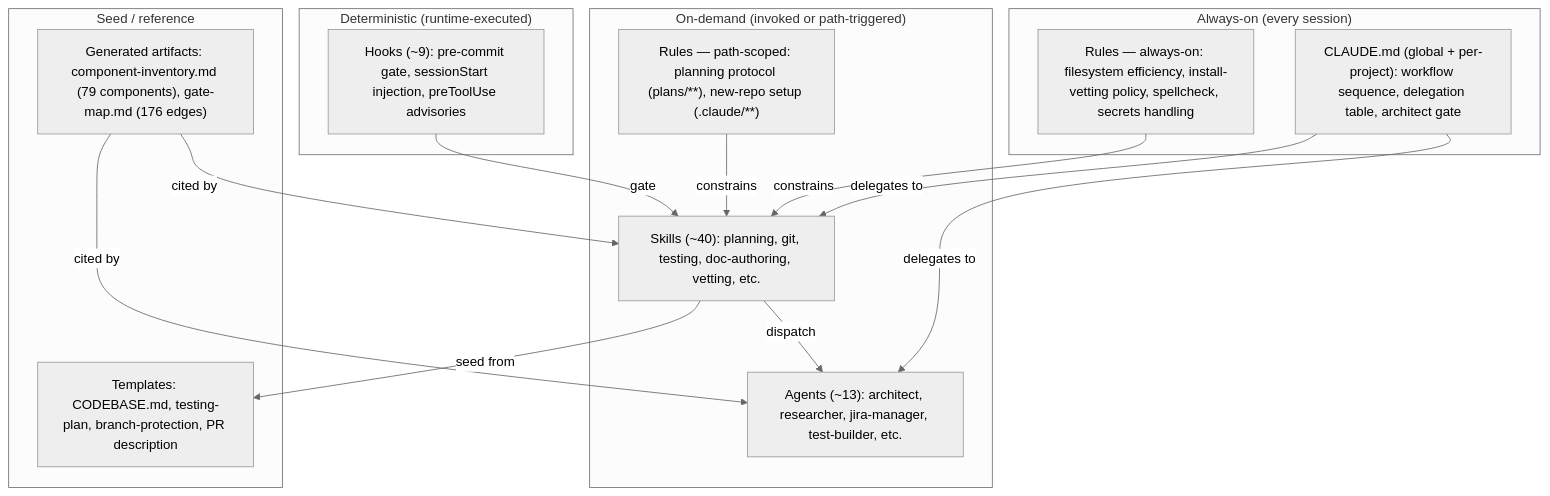
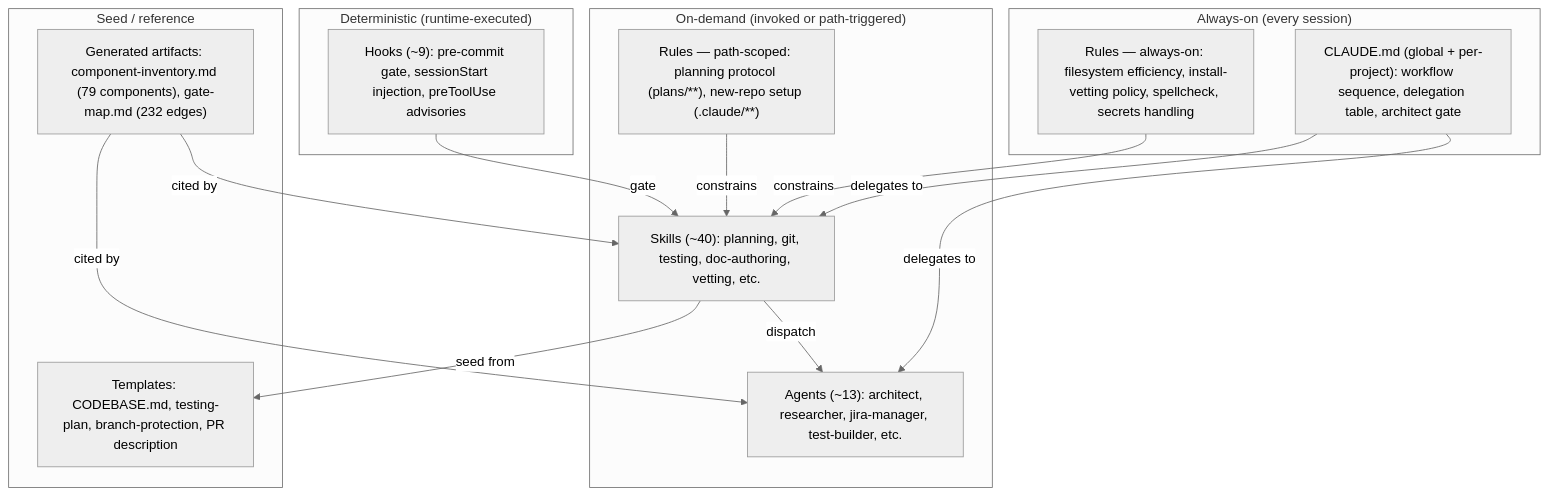
The second of 3 diagrams in docs/explanation/architecture.md (TeamClyde/clydes_claude), drawn with Mermaid (neutral theme) before and after one commit. The commit also changed other lines of this file, not shown here.

Commit message:
docs: correct two stale gate-map edge counts in architecture.md
The doc already described the gate-map as a checked contract rather than
a generated picture, so it read as reconciled — but it still stated 176
edges in two places (the C4 Mermaid node and the artifact list) while the
graph has been at 232 since slice 2a corrected the extractor.

Surfaced by the Feature-Doc Synthesis Pass at epic close. Reconciling a
doc's claim does not reconcile its numbers; the two drift independently.

Verified: npm test 311/311; harvest/engine/verify/recall all exit 0;
232 edges / 79 nodes confirmed against docs/reference/gate-map.json.

````diff
--- a/docs/explanation/architecture.md
+++ b/docs/explanation/architecture.md
@@ -82,32 +82,32 @@
 ```mermaid
 graph TB
   subgraph ALWAYS["Always-on (every session)"]
     CLAUDE_MD["CLAUDE.md (global + per-project): workflow sequence, delegation table, architect gate"]
     RULES_ALWAYS["Rules — always-on: filesystem efficiency, install-vetting policy, spellcheck, secrets handling"]
   end
 
   subgraph ON_DEMAND["On-demand (invoked or path-triggered)"]
     RULES_SCOPED["Rules — path-scoped: planning protocol (plans/**), new-repo setup (.claude/**)"]
     SKILLS["Skills (~40): planning, git, testing, doc-authoring, vetting, etc."]
     AGENTS["Agents (~13): architect, researcher, jira-manager, test-builder, etc."]
   end
 
   subgraph DETERMINISTIC["Deterministic (runtime-executed)"]
     HOOKS["Hooks (~9): pre-commit gate, sessionStart injection, preToolUse advisories"]
   end
 
   subgraph SEED["Seed / reference"]
     TEMPLATES["Templates: CODEBASE.md, testing-plan, branch-protection, PR description"]
-    GENERATED["Generated artifacts: component-inventory.md (79 components), gate-map.md (176 edges)"]
+    GENERATED["Generated artifacts: component-inventory.md (79 components), gate-map.md (232 edges)"]
   end
 
   CLAUDE_MD -->|"delegates to"| SKILLS
   CLAUDE_MD -->|"delegates to"| AGENTS
   RULES_ALWAYS -->|"constrains"| SKILLS
   RULES_SCOPED -->|"constrains"| SKILLS
   SKILLS -->|"dispatch"| AGENTS
   HOOKS -->|"gate"| SKILLS
   SKILLS -->|"seed from"| TEMPLATES
   GENERATED -->|"cited by"| SKILLS
   GENERATED -->|"cited by"| AGENTS
 ```
````
